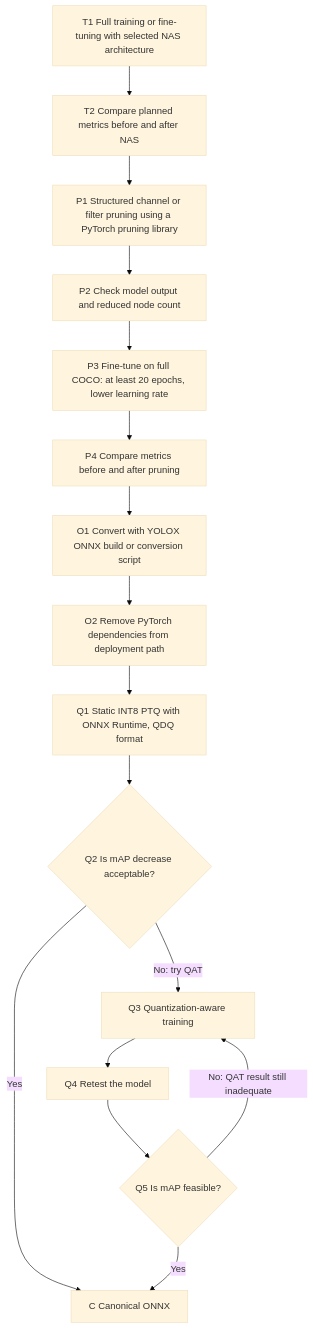
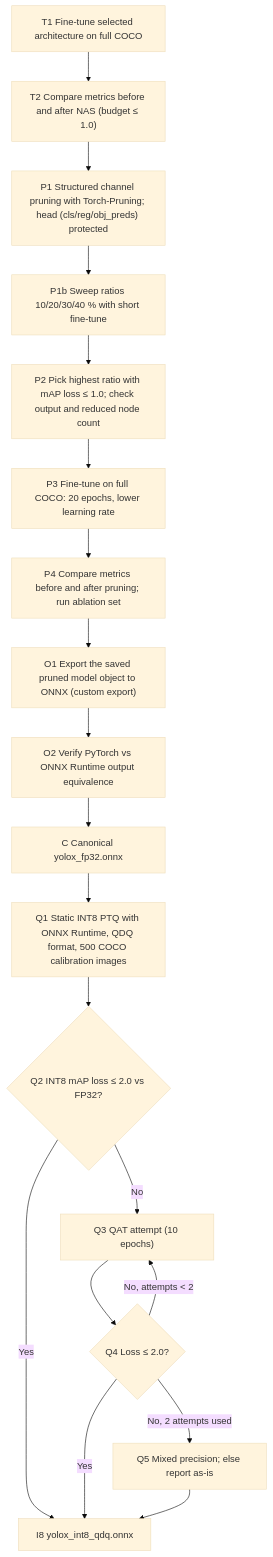
Before and after one commit to Bey3fendi/edge-ai-object-detection: the second of 3 diagrams in project_information/Thesis_Edge_Object_Detection_Workflow.md, drawn with Mermaid (base theme). The commit also changed other lines of this file and 4 other files, not shown here.

````diff
--- a/project_information/Thesis_Edge_Object_Detection_Workflow.md
+++ b/project_information/Thesis_Edge_Object_Detection_Workflow.md
@@ -46,18 +62,21 @@
 ```mermaid
 flowchart TD
-    T1["T1 Full training or fine-tuning with selected NAS architecture"] --> T2["T2 Compare planned metrics before and after NAS"]
-    T2 --> P1["P1 Structured channel or filter pruning using a PyTorch pruning library"]
-    P1 --> P2["P2 Check model output and reduced node count"]
-    P2 --> P3["P3 Fine-tune on full COCO: at least 20 epochs, lower learning rate"]
-    P3 --> P4["P4 Compare metrics before and after pruning"]
-    P4 --> O1["O1 Convert with YOLOX ONNX build or conversion script"]
-    O1 --> O2["O2 Remove PyTorch dependencies from deployment path"]
-    O2 --> Q1["Q1 Static INT8 PTQ with ONNX Runtime, QDQ format"]
-    Q1 --> Q2{"Q2 Is mAP decrease acceptable?"}
-    Q2 -->|Yes| C["C Canonical ONNX"]
-    Q2 -->|No: try QAT| Q3["Q3 Quantization-aware training"]
-    Q3 --> Q4["Q4 Retest the model"]
-    Q4 --> Q5{"Q5 Is mAP feasible?"}
-    Q5 -->|Yes| C
-    Q5 -->|No: QAT result still inadequate| Q3
+    T1["T1 Fine-tune selected architecture on full COCO"] --> T2["T2 Compare metrics before and after NAS (budget ≤ 1.0)"]
+    T2 --> P1["P1 Structured channel pruning with Torch-Pruning; head (cls/reg/obj_preds) protected"]
+    P1 --> P1b["P1b Sweep ratios 10/20/30/40 % with short fine-tune"]
+    P1b --> P2["P2 Pick highest ratio with mAP loss ≤ 1.0; check output and reduced node count"]
+    P2 --> P3["P3 Fine-tune on full COCO: 20 epochs, lower learning rate"]
+    P3 --> P4["P4 Compare metrics before and after pruning; run ablation set"]
+    P4 --> O1["O1 Export the saved pruned model object to ONNX (custom export)"]
+    O1 --> O2["O2 Verify PyTorch vs ONNX Runtime output equivalence"]
+    O2 --> C["C Canonical yolox_fp32.onnx"]
+    C --> Q1["Q1 Static INT8 PTQ with ONNX Runtime, QDQ format, 500 COCO calibration images"]
+    Q1 --> Q2{"Q2 INT8 mAP loss ≤ 2.0 vs FP32?"}
+    Q2 -->|Yes| I8["I8 yolox_int8_qdq.onnx"]
+    Q2 -->|No| Q3["Q3 QAT attempt (10 epochs)"]
+    Q3 --> Q4{"Q4 Loss ≤ 2.0?"}
+    Q4 -->|Yes| I8
+    Q4 -->|No, attempts < 2| Q3
+    Q4 -->|No, 2 attempts used| Q5["Q5 Mixed precision; else report as-is"]
+    Q5 --> I8
 ```
````
